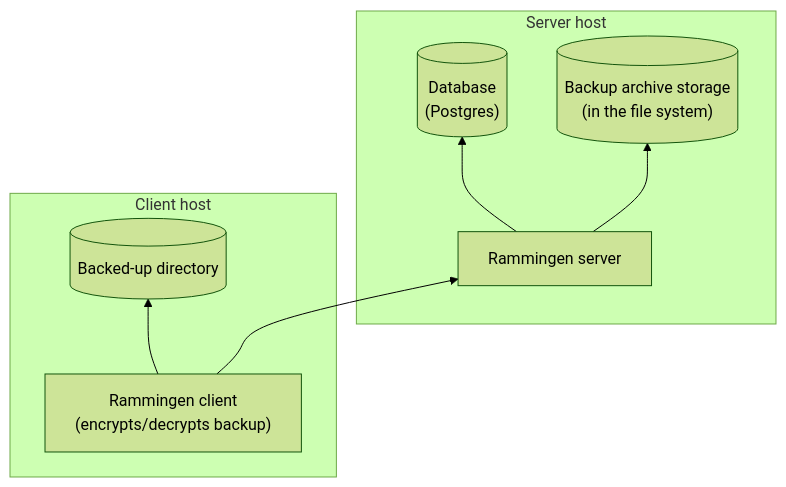
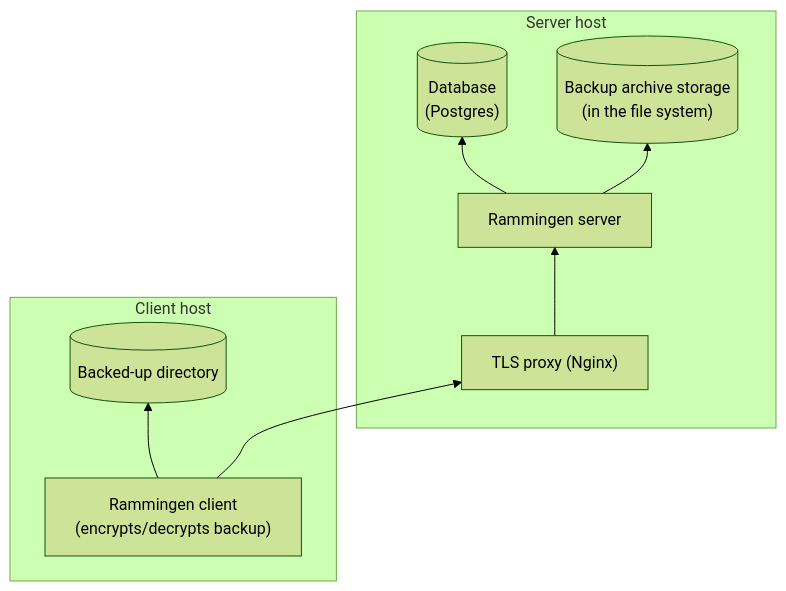
One commit to Riateche/rammingen changed the diagram in README.md. Above: the diagram before and after it, drawn with Mermaid (forest theme). The commit also changed other lines of this file and 11 other files, not shown here.

````diff
--- a/README.md
+++ b/README.md
@@ -10,18 +10,20 @@
 ```mermaid
 graph BT
     subgraph Server host
         server[Rammingen server]
         db[("Database<br>(Postgres)")]
         storage[("Backup archive storage<br>(in the file system)")]
+        tls_proxy["TLS proxy (Nginx)"]
     end
 
     subgraph Client host
         client["Rammingen client<br>(encrypts/decrypts backup)"]
         directory[(Backed-up directory)]
     end
 
     server --> db
     server --> storage
-    client --> server
+    client --> tls_proxy
     client --> directory
+    tls_proxy --> server
 ```
````
